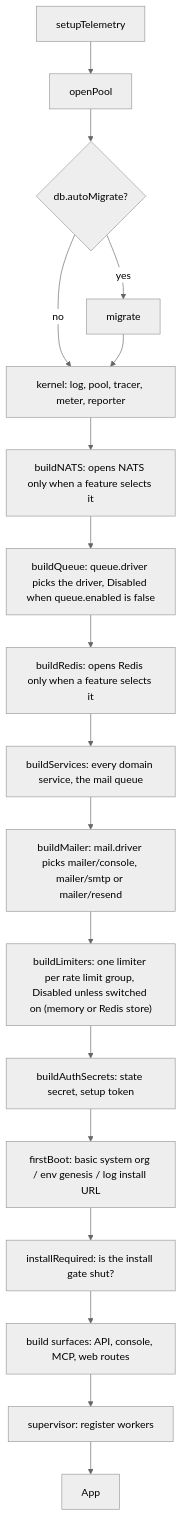
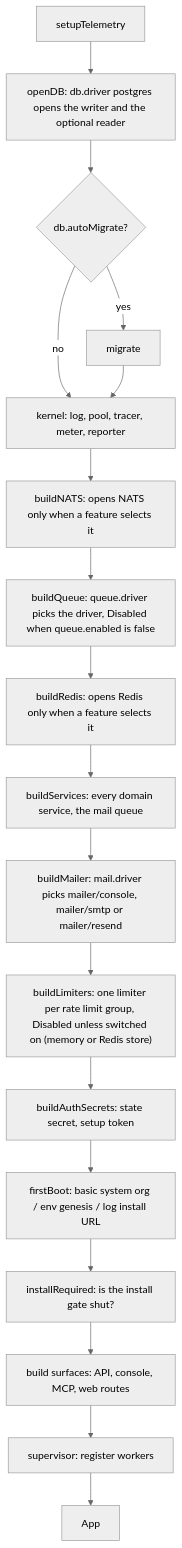
One commit to altalune-id/oagent changed the first of 3 diagrams in internal/boot/README.md. Above: the diagram before and after it, drawn with Mermaid (neutral theme). The commit also changed other lines of this file and 50 other files, not shown here.

````diff
--- a/internal/boot/README.md
+++ b/internal/boot/README.md
@@ -14,20 +14,20 @@
 ```mermaid
 flowchart TD
-    A[setupTelemetry] --> B[openPool]
+    A[setupTelemetry] --> B["openDB: db.driver postgres opens the writer and the optional reader"]
     B --> C{db.autoMigrate?}
     C -- yes --> D[migrate]
     C -- no --> E
     D --> E[kernel: log, pool, tracer, meter, reporter]
     E --> NA["buildNATS: opens NATS only when a feature selects it"]
     NA --> Q["buildQueue: queue.driver picks the driver, Disabled when queue.enabled is false"]
     Q --> RD["buildRedis: opens Redis only when a feature selects it"]
     RD --> F[buildServices: every domain service, the mail queue]
     F --> M[buildMailer: mail.driver picks mailer/console, mailer/smtp or mailer/resend]
     M --> R["buildLimiters: one limiter per rate limit group, Disabled unless switched on (memory or Redis store)"]
     R --> G[buildAuthSecrets: state secret, setup token]
     G --> H[firstBoot: basic system org / env genesis / log install URL]
     H --> I[installRequired: is the install gate shut?]
     I --> J[build surfaces: API, console, MCP, web routes]
     J --> K[supervisor: register workers]
     K --> L[App]
 ```
````
